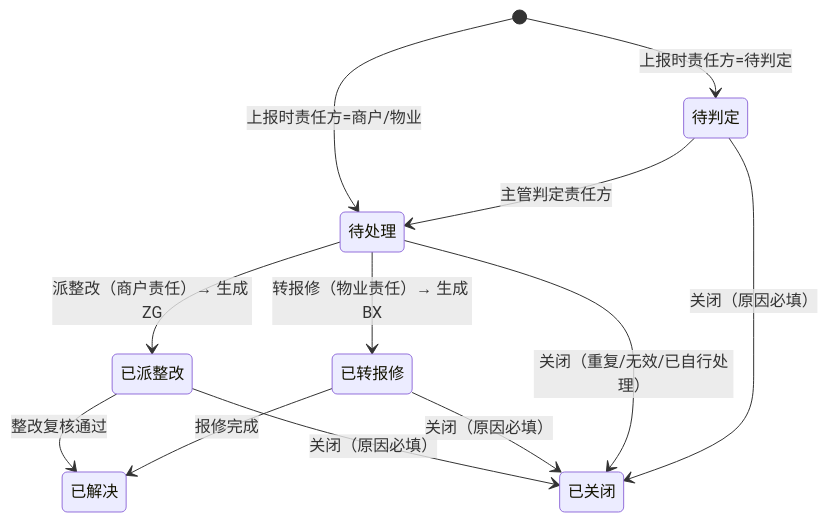
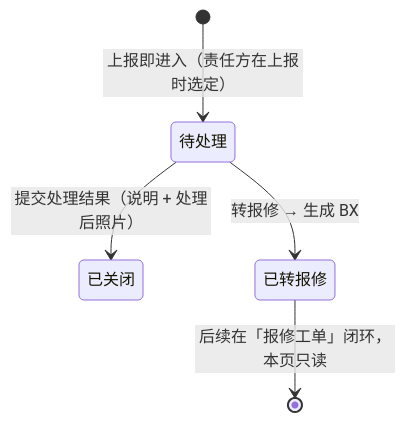
One commit to minghai-code/wazhanggui-prototype changed the diagram in yunying-PC/prd/07-物业服务/05-问题上报.md. Above: the diagram before and after it, drawn with Mermaid. The commit also changed other lines of this file and 133 other files, not shown here.

````diff
--- a/yunying-PC/prd/07-物业服务/05-问题上报.md
+++ b/yunying-PC/prd/07-物业服务/05-问题上报.md
@@ -40,14 +60,7 @@
 ```mermaid
 stateDiagram-v2
-    [*] --> 待判定: 上报时责任方=待判定
-    [*] --> 待处理: 上报时责任方=商户/物业
-    待判定 --> 待处理: 主管判定责任方
-    待处理 --> 已派整改: 派整改（商户责任）→ 生成 ZG
-    待处理 --> 已转报修: 转报修（物业责任）→ 生成 BX
-    已派整改 --> 已解决: 整改复核通过
-    已派整改 --> 已关闭: 关闭（原因必填）
-    已转报修 --> 已解决: 报修完成
-    已转报修 --> 已关闭: 关闭（原因必填）
-    待处理 --> 已关闭: 关闭（重复/无效/已自行处理）
-    待判定 --> 已关闭: 关闭（原因必填）
+    [*] --> 待处理: 上报即进入（责任方在上报时选定）
+    待处理 --> 已关闭: 提交处理结果（说明 + 处理后照片）
+    待处理 --> 已转报修: 转报修 → 生成 BX
+    已转报修 --> [*]: 后续在「报修工单」闭环，本页只读
 ```
````
